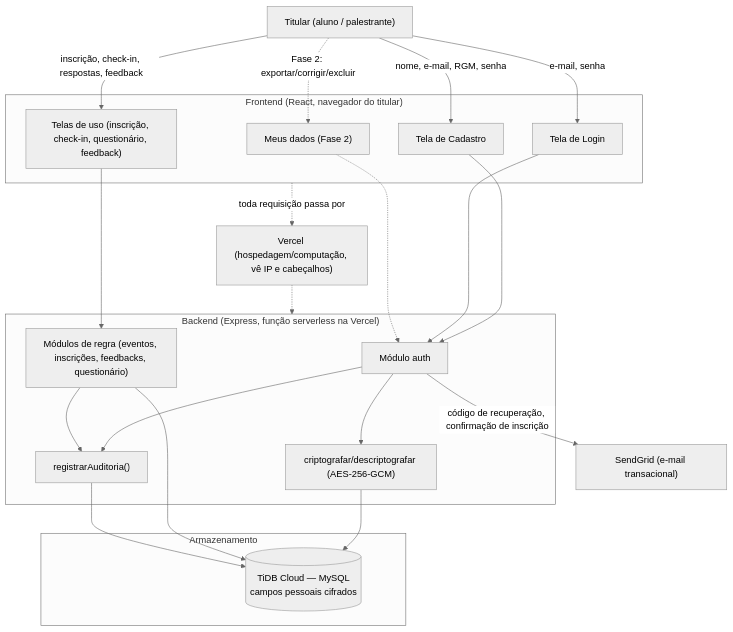
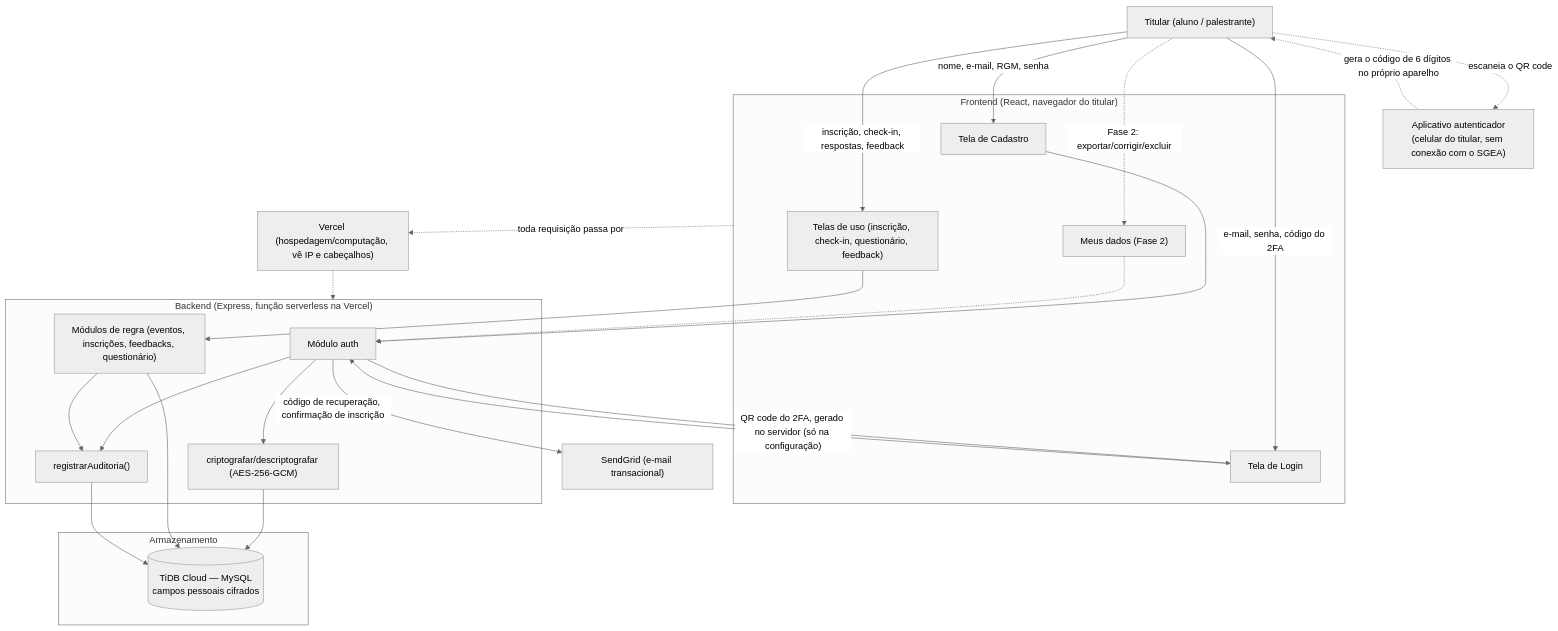
Before and after one commit to CaiqueCrepaldi/SistemaGestaoEventosAcademicos: the diagram in docs/lgpd/01-inventario-e-fluxo-de-dados.md, drawn with Mermaid (neutral theme). The commit also changed other lines of this file and 39 other files, not shown here.

Commit message:
Adicionar autenticacao em dois fatores com aplicativo autenticador

````diff
--- a/docs/lgpd/01-inventario-e-fluxo-de-dados.md
+++ b/docs/lgpd/01-inventario-e-fluxo-de-dados.md
@@ -127,38 +160,42 @@
 ```mermaid
 flowchart TD
     Titular["Titular (aluno / palestrante)"]
 
     subgraph Frontend["Frontend (React, navegador do titular)"]
         Cadastro["Tela de Cadastro"]
         Login["Tela de Login"]
         Uso["Telas de uso (inscrição, check-in, questionário, feedback)"]
         MeusDados["Meus dados (Fase 2)"]
     end
 
     subgraph Backend["Backend (Express, função serverless na Vercel)"]
         Auth["Módulo auth"]
         Cripto["criptografar/descriptografar (AES-256-GCM)"]
         Regras["Módulos de regra (eventos, inscrições, feedbacks, questionário)"]
         Auditoria["registrarAuditoria()"]
     end
 
     subgraph Dados["Armazenamento"]
         TiDB[("TiDB Cloud — MySQL\ncampos pessoais cifrados")]
     end
 
     Terceiros["SendGrid (e-mail transacional)"]
     Vercel["Vercel (hospedagem/computação, vê IP e cabeçalhos)"]
+    AppAutenticador["Aplicativo autenticador\n(celular do titular, sem conexão com o SGEA)"]
 
     Titular -->|"nome, e-mail, RGM, senha"| Cadastro --> Auth
-    Titular -->|"e-mail, senha"| Login --> Auth
+    Titular -->|"e-mail, senha, código do 2FA"| Login --> Auth
+    Auth -->|"QR code do 2FA, gerado no servidor (só na configuração)"| Login
+    Titular -.->|"escaneia o QR code"| AppAutenticador
+    AppAutenticador -.->|"gera o código de 6 dígitos no próprio aparelho"| Titular
     Titular -->|"inscrição, check-in, respostas, feedback"| Uso --> Regras
     Titular -.->|"Fase 2: exportar/corrigir/excluir"| MeusDados -.-> Auth
 
     Auth --> Cripto --> TiDB
     Regras --> TiDB
     Auth --> Auditoria --> TiDB
     Regras --> Auditoria
 
     Auth -->|"código de recuperação, confirmação de inscrição"| Terceiros
     Frontend -.->|"toda requisição passa por"| Vercel -.-> Backend
 ```
````
